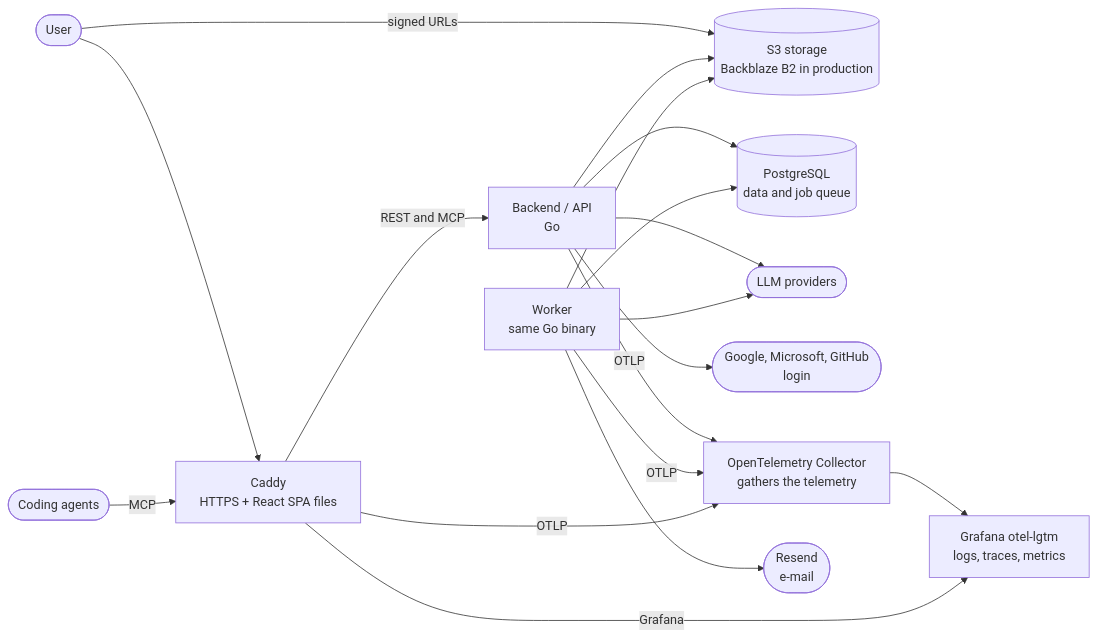
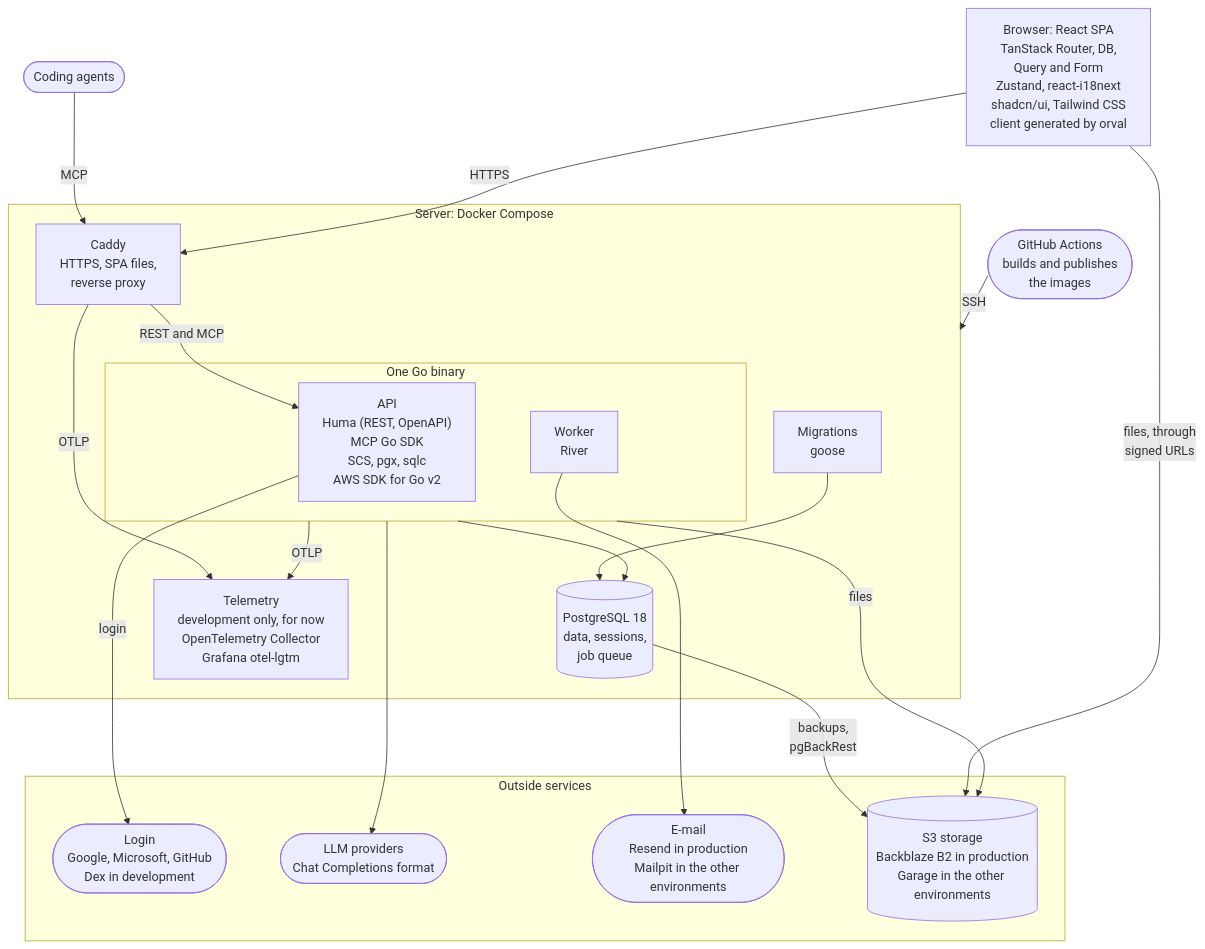
The second of 2 diagrams in README.md (dannilodms/forgespark), drawn with Mermaid before and after one commit. The commit also changed other lines of this file and 44 other files, not shown here.

First line of the commit message:
docs: README diagrams, ADR-0022 on statuses, and the weekly notice of new versions (#1)

````diff
--- a/README.md
+++ b/README.md
@@ -43,20 +102,41 @@
 ```mermaid
-flowchart LR
-    user([User]) --> proxy[Caddy<br/>HTTPS + React SPA files]
-    agents([Coding agents]) -->|MCP| proxy
-    proxy -->|REST and MCP| api[Backend / API<br/>Go]
-    user -->|signed URLs| storage[(S3 storage<br/>Backblaze B2 in production)]
-    api --> db[(PostgreSQL<br/>data and job queue)]
-    api --> storage
-    api --> llm([LLM providers])
-    api --> idp([Google, Microsoft, GitHub<br/>login])
-    api -->|OTLP| collector[OpenTelemetry Collector<br/>gathers the telemetry]
-    worker[Worker<br/>same Go binary] --> db
-    worker --> storage
-    worker --> llm
-    worker --> mail([Resend<br/>e-mail])
-    worker -->|OTLP| collector
-    proxy -->|OTLP| collector
-    collector --> telemetry[Grafana otel-lgtm<br/>logs, traces, metrics]
-    proxy -->|Grafana| telemetry
+flowchart TB
+    actions(["GitHub Actions<br/>builds and publishes<br/>the images"])
+    agents(["Coding agents"])
+    spa["Browser: React SPA<br/>TanStack Router, DB,<br/>Query and Form<br/>Zustand, react-i18next<br/>shadcn/ui, Tailwind CSS<br/>client generated by orval"]
+
+    subgraph server ["Server: Docker Compose"]
+        caddy["Caddy<br/>HTTPS, SPA files,<br/>reverse proxy"]
+        subgraph binary ["One Go binary"]
+            api["API<br/>Huma (REST, OpenAPI)<br/>MCP Go SDK<br/>SCS, pgx, sqlc<br/>AWS SDK for Go v2"]
+            worker["Worker<br/>River"]
+        end
+        migrate["Migrations<br/>goose"]
+        db[("PostgreSQL 18<br/>data, sessions,<br/>job queue")]
+        telemetry["Telemetry<br/>development only, for now<br/>OpenTelemetry Collector<br/>Grafana otel-lgtm"]
+    end
+
+    subgraph outside ["Outside services"]
+        idp(["Login<br/>Google, Microsoft, GitHub<br/>Dex in development"])
+        llm(["LLM providers<br/>Chat Completions format"])
+        mail(["E-mail<br/>Resend in production<br/>Mailpit in the other environments"])
+        storage[("S3 storage<br/>Backblaze B2 in production<br/>Garage in the other environments")]
+    end
+
+    actions -->|"SSH"| server
+    agents -->|"MCP"| caddy
+    spa -->|"HTTPS"| caddy
+    caddy -->|"REST and MCP"| api
+    binary --> db
+    migrate --> db
+    binary & caddy -->|"OTLP"| telemetry
+    api -->|"login"| idp
+    binary --> llm
+    worker --> mail
+    binary -->|"files"| storage
+    db -->|"backups,<br/>pgBackRest"| storage
+    spa -->|"files, through<br/>signed URLs"| storage
+    db ~~~ idp
+    db ~~~ llm
+    db ~~~ mail
 ```
````
